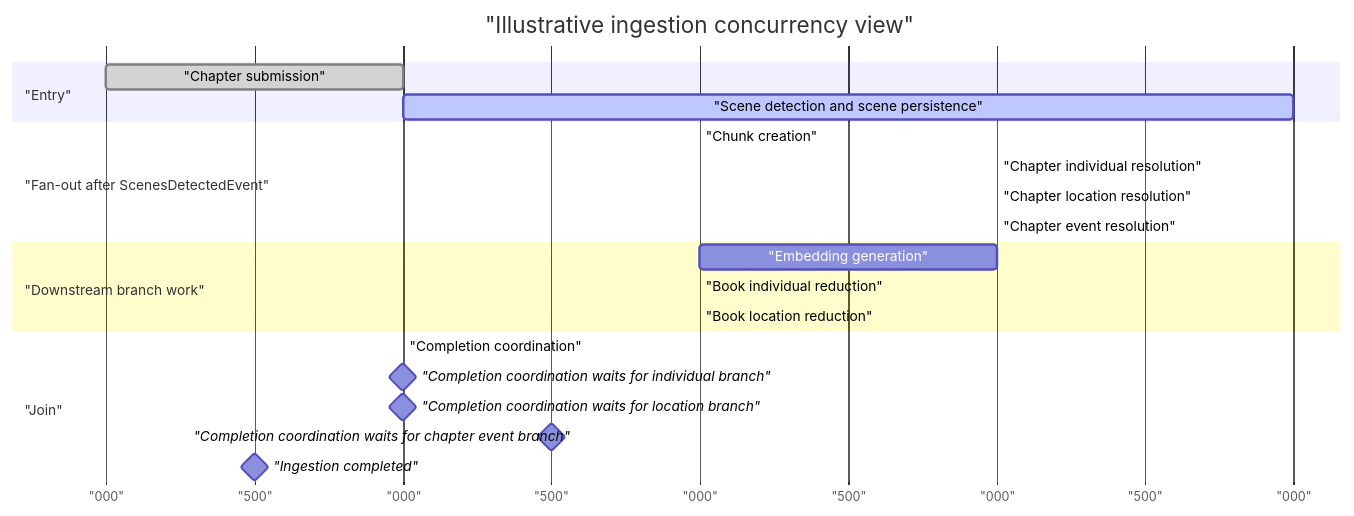
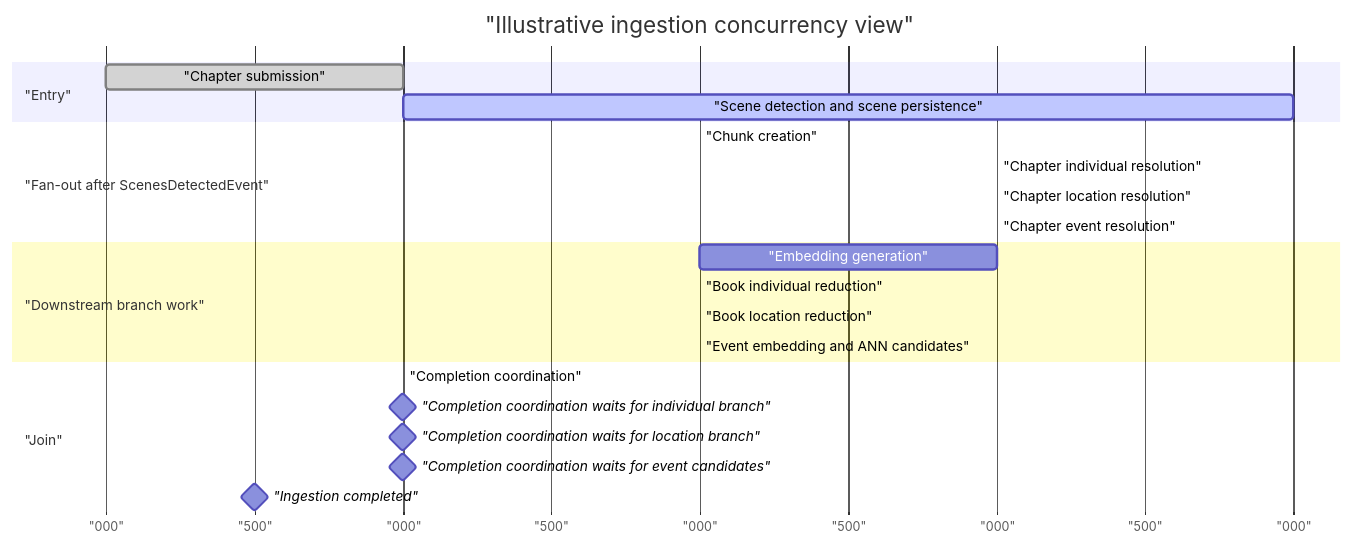
One commit to chaixdev/lorevault-kb changed the third of 3 diagrams in docs/patterns/ingestion/ingestion-pipeline.md. Above: the diagram before and after it, drawn with Mermaid. The commit also changed other lines of this file and 1 other file, not shown here.

Commit message:
docs(ingestion): document five-event Stage 4 fan-in

````diff
--- a/docs/patterns/ingestion/ingestion-pipeline.md
+++ b/docs/patterns/ingestion/ingestion-pipeline.md
@@ -240,28 +277,29 @@
 ```mermaid
 gantt
     title "Illustrative ingestion concurrency view"
     dateFormat X
     axisFormat "%L"
 
     section "Entry"
     "Chapter submission" :done, submit, 0, 1
     "Scene detection and scene persistence" :active, scenes, after submit, 4
 
     section "Fan-out after ScenesDetectedEvent"
     "Chunk creation" :chunks, after scenes, 2
     "Chapter individual resolution" :chapterIndividuals, after scenes, 3
     "Chapter location resolution" :chapterLocations, after scenes, 3
     "Chapter event resolution" :chapterEvents, after scenes, 3
 
     section "Downstream branch work"
     "Embedding generation" :embeddings, after chunks, 3
     "Book individual reduction" :bookIndividuals, after chapterIndividuals, 2
     "Book location reduction" :bookLocations, after chapterLocations, 2
+    "Event embedding and ANN candidates" :eventCandidates, after chapterEvents, 2
 
     section "Join"
     "Completion coordination" :join, after embeddings, 1
     "Completion coordination waits for individual branch" :milestone, after bookIndividuals, 0
     "Completion coordination waits for location branch" :milestone, after bookLocations, 0
-    "Completion coordination waits for chapter event branch" :milestone, after chapterEvents, 0
+    "Completion coordination waits for event candidates" :milestone, after eventCandidates, 0
     "Ingestion completed" :milestone, complete, after join, 0
 ```
````
